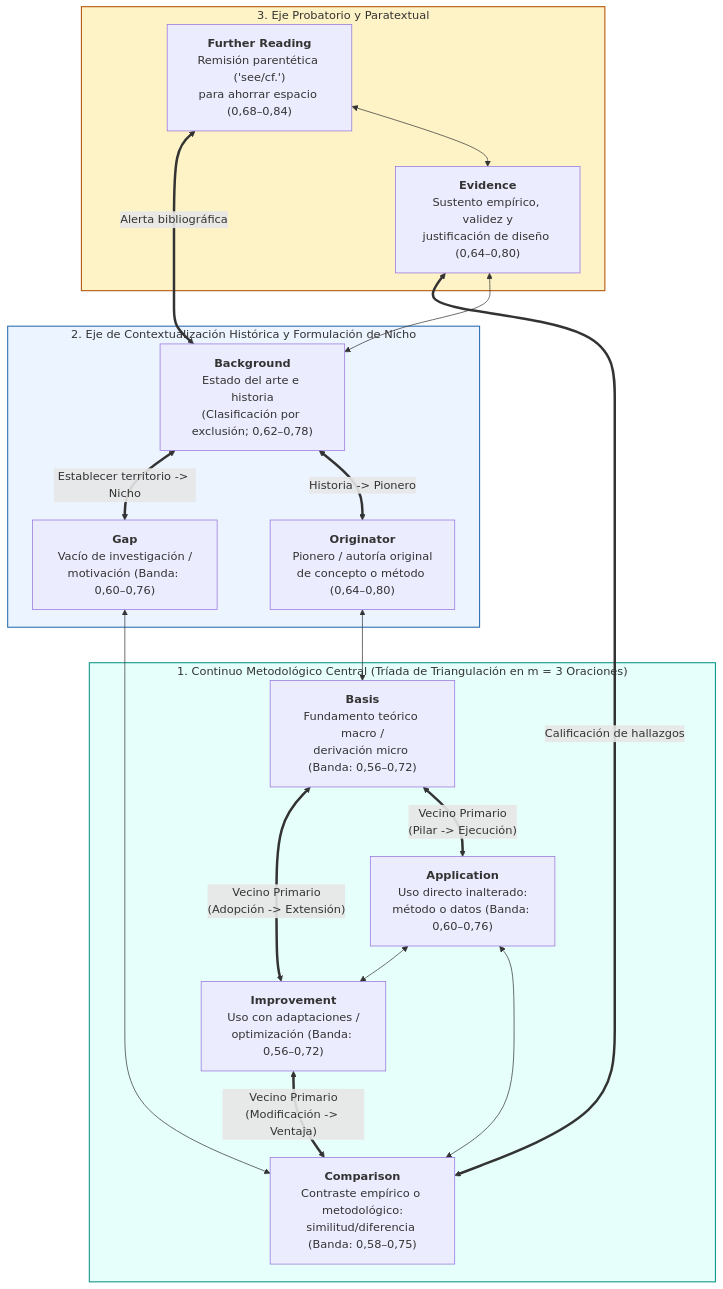
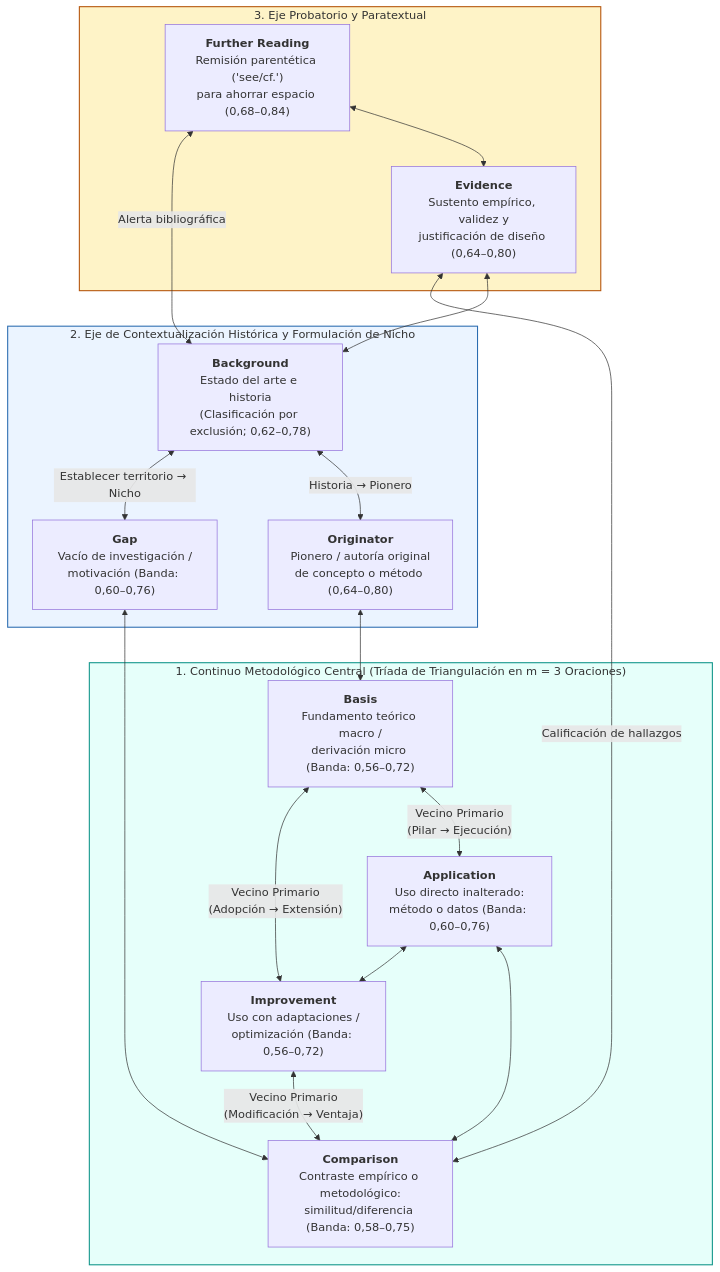
The fourth of 6 diagrams in especificacion_diagramas_drawio.md (d-leandro/EvidenCite), drawn with Mermaid before and after one commit. The commit also changed other lines of this file and 8 other files, not shown here.

Commit message:
docs(paper): refine IEEE manuscript, regenerate publication figures, and polish TikZ diagrams

````diff
--- a/especificacion_diagramas_drawio.md
+++ b/especificacion_diagramas_drawio.md
@@ -216,41 +216,41 @@
 ```mermaid
 flowchart TD
     subgraph Triad["1. Continuo Metodológico Central (Tríada de Triangulación en m = 3 Oraciones)"]
         BAS["<b>Basis</b><br/>Fundamento teórico macro /<br/>derivación micro (Banda: 0,56–0,72)"]
         IMP["<b>Improvement</b><br/>Uso con adaptaciones /<br/>optimización (Banda: 0,56–0,72)"]
         APP["<b>Application</b><br/>Uso directo inalterado:<br/>método o datos (Banda: 0,60–0,76)"]
         CMP["<b>Comparison</b><br/>Contraste empírico o metodológico:<br/>similitud/diferencia (Banda: 0,58–0,75)"]
 
-        BAS <== "Vecino Primario<br/>(Adopción -> Extensión)" ==> IMP
-        BAS <== "Vecino Primario<br/>(Pilar -> Ejecución)" ==> APP
-        IMP <== "Vecino Primario<br/>(Modificación -> Ventaja)" ==> CMP
+        BAS <-->|"Vecino Primario<br/>(Adopción → Extensión)"| IMP
+        BAS <-->|"Vecino Primario<br/>(Pilar → Ejecución)"| APP
+        IMP <-->|"Vecino Primario<br/>(Modificación → Ventaja)"| CMP
         APP <--> IMP
         APP <--> CMP
     end
 
     subgraph Hist["2. Eje de Contextualización Histórica y Formulación de Nicho"]
         BKG["<b>Background</b><br/>Estado del arte e historia<br/>(Clasificación por exclusión; 0,62–0,78)"]
         GAP["<b>Gap</b><br/>Vacío de investigación /<br/>motivación (Banda: 0,60–0,76)"]
         ORG["<b>Originator</b><br/>Pionero / autoría original<br/>de concepto o método (0,64–0,80)"]
 
-        BKG <== "Establecer territorio -> Nicho" ==> GAP
-        BKG <== "Historia -> Pionero" ==> ORG
+        BKG <-->|"Establecer territorio → Nicho"| GAP
+        BKG <-->|"Historia → Pionero"| ORG
         ORG <--> BAS
     end
 
     subgraph Prob["3. Eje Probatorio y Paratextual"]
         EVI["<b>Evidence</b><br/>Sustento empírico, validez y<br/>justificación de diseño (0,64–0,80)"]
         FR["<b>Further Reading</b><br/>Remisión parentética ('see/cf.')<br/>para ahorrar espacio (0,68–0,84)"]
 
-        EVI <== "Calificación de hallazgos" ==> CMP
+        EVI <-->|"Calificación de hallazgos"| CMP
         EVI <--> BKG
-        FR <== "Alerta bibliográfica" ==> BKG
+        FR <-->|"Alerta bibliográfica"| BKG
         FR <--> EVI
     end
 
     GAP <--> CMP
 
     style Triad fill:#E6FFFA,stroke:#0D9488,stroke-width:1.5px
     style Hist fill:#EBF4FF,stroke:#2B6CB0,stroke-width:1.5px
     style Prob fill:#FEF3C7,stroke:#B45309,stroke-width:1.5px
 ```
````
